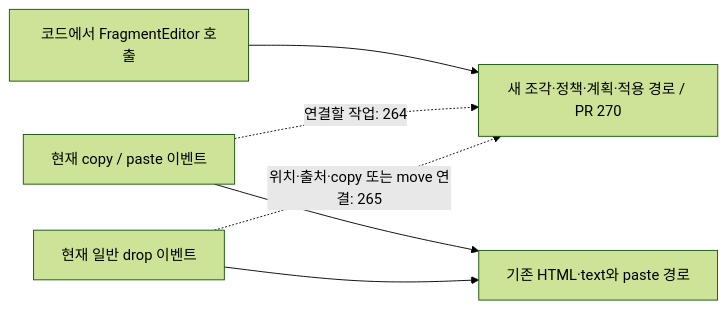
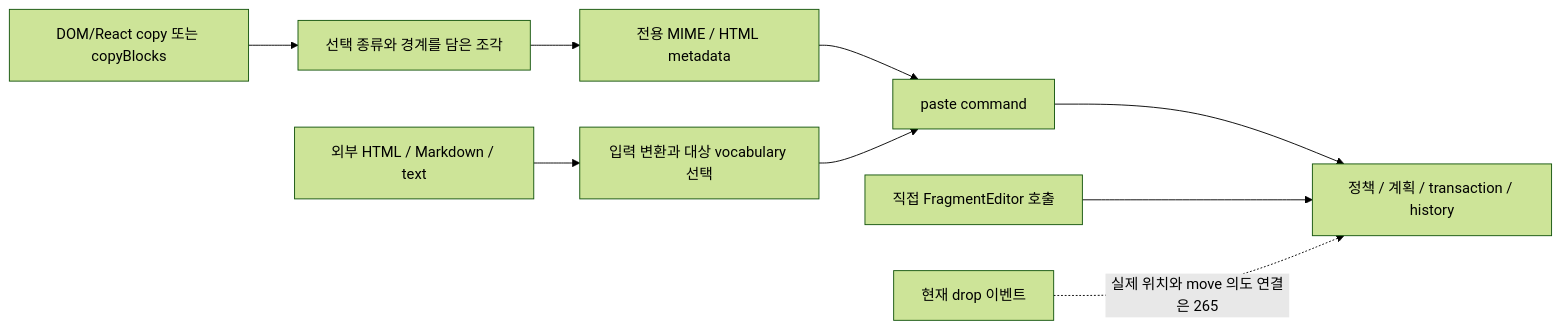
One commit to barocss/barocss-editor changed the second of 3 diagrams in docs/schema-editing-guide.md. Above: the diagram before and after it, drawn with Mermaid (forest theme). The commit also changed other lines of this file and 28 other files, not shown here.

Commit message:
feat: preserve clipboard fragments through schema editing plans (#264)

````diff
--- a/docs/schema-editing-guide.md
+++ b/docs/schema-editing-guide.md
@@ -40,8 +40,11 @@
 ```mermaid
 flowchart LR
-    API[코드에서 FragmentEditor 호출] --> New[새 조각·정책·계획·적용 경로 / PR 270]
-    Clipboard[현재 copy / paste 이벤트] --> Legacy[기존 HTML·text와 paste 경로]
-    Drop[현재 일반 drop 이벤트] --> Legacy
-    Clipboard -.->|연결할 작업: 264| New
-    Drop -.->|위치·출처·copy 또는 move 연결: 265| New
+    Copy[DOM/React copy 또는 copyBlocks] --> Fragment[선택 종류와 경계를 담은 조각]
+    Fragment --> Transport[전용 MIME / HTML metadata]
+    Transport --> Paste[paste command]
+    External[외부 HTML / Markdown / text] --> Adapter[입력 변환과 대상 vocabulary 선택]
+    Adapter --> Paste
+    Paste --> New[정책 / 계획 / transaction / history]
+    API[직접 FragmentEditor 호출] --> New
+    Drop[현재 drop 이벤트] -.->|실제 위치와 move 의도 연결은 265| New
 ```
````
